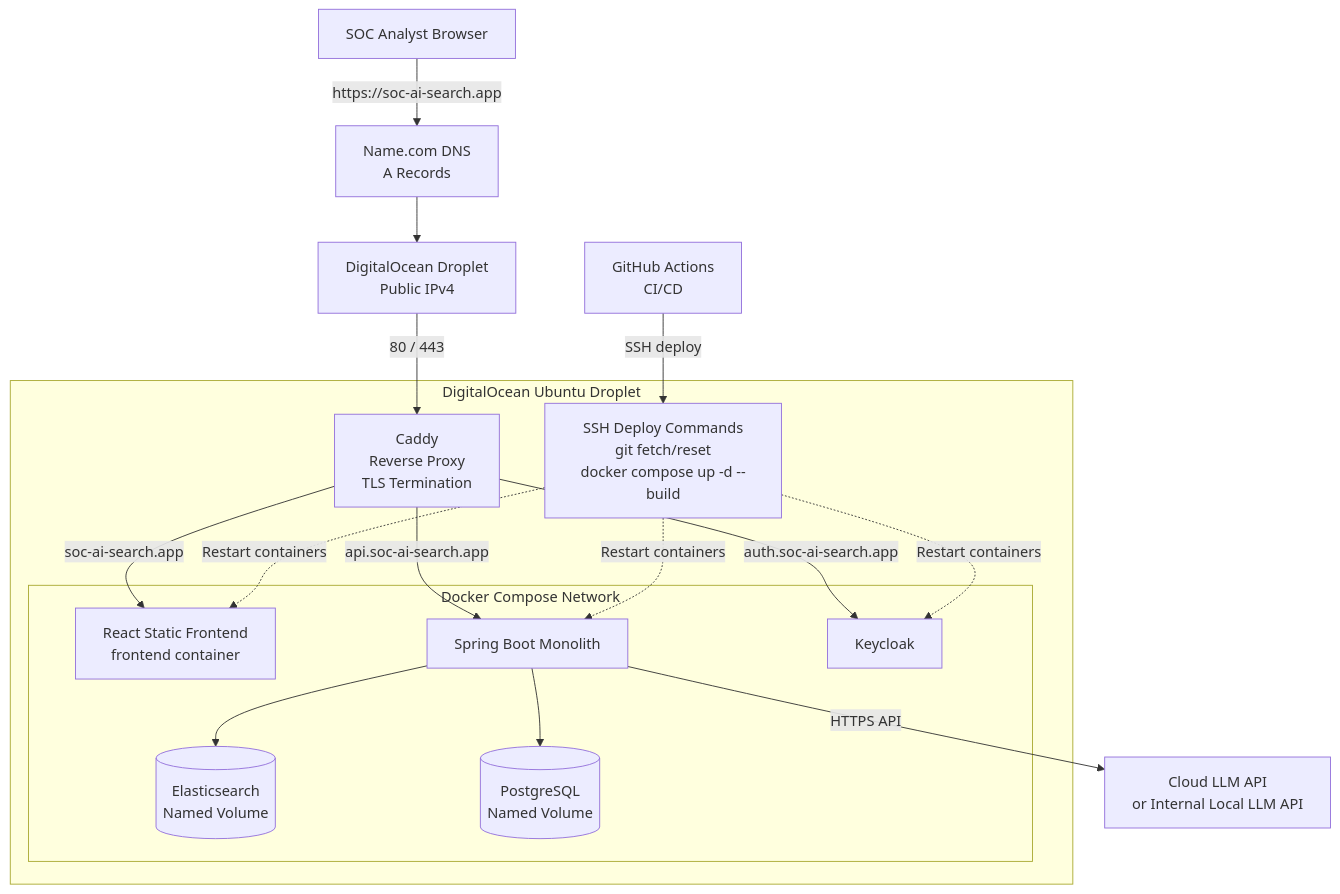
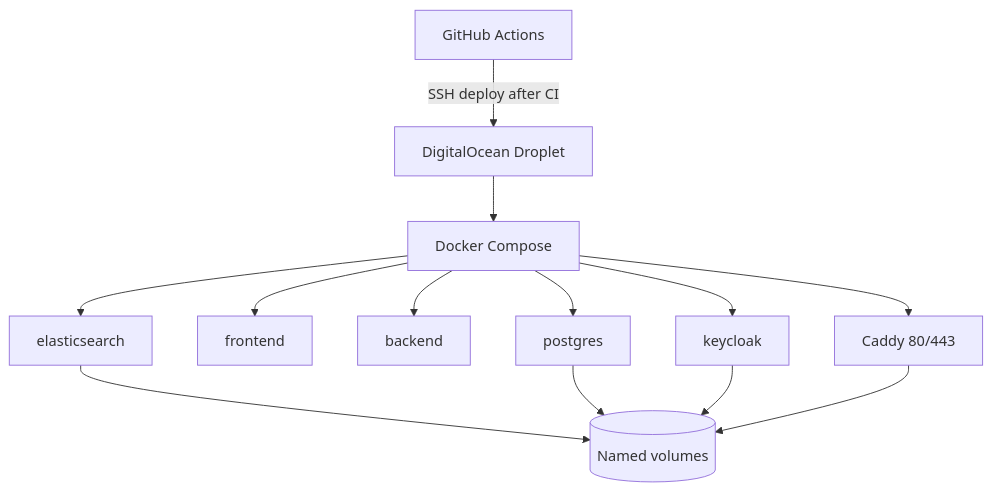
One commit to PhamVanMinhBinhThuan/soc-ai-search changed the fifth of 5 diagrams in docs/architecture.md. Above: the diagram before and after it, drawn with Mermaid. The commit also changed other lines of this file and 5 other files, not shown here.

````diff
--- a/docs/architecture.md
+++ b/docs/architecture.md
@@ -350,36 +203,26 @@
 ```mermaid
 flowchart TB
-    User["SOC Analyst Browser"]
-    DNS["Name.com DNS<br/>A Records"]
-    IP["DigitalOcean Droplet<br/>Public IPv4"]
+    GitHub["GitHub Actions"]
+    VPS["DigitalOcean Droplet"]
+    Compose["Docker Compose"]
+    Caddy["Caddy 80/443"]
+    FE["frontend"]
+    BE["backend"]
+    ES["elasticsearch"]
+    PG["postgres"]
+    KC["keycloak"]
+    Volumes[("Named volumes")]
 
-    subgraph VPS["DigitalOcean Ubuntu Droplet"]
-        CADDY["Caddy<br/>Reverse Proxy<br/>TLS Termination"]
-        DEPLOY["SSH Deploy Commands<br/>git fetch/reset<br/>docker compose up -d --build"]
-
-        subgraph Compose["Docker Compose Network"]
-            FE["React Static Frontend<br/>frontend container"]
-            BE["Spring Boot Monolith"]
-            KC["Keycloak"]
-            ES[("Elasticsearch<br/>Named Volume")]
-            PG[("PostgreSQL<br/>Named Volume")]
-        end
-    end
-
-    LLM["Cloud LLM API<br/>or Internal Local LLM API"]
-    GH["GitHub Actions<br/>CI/CD"]
-
-    User -->|"https://soc-ai-search.app"| DNS
-    DNS --> IP
-    IP -->|"80 / 443"| CADDY
-    CADDY -->|"soc-ai-search.app"| FE
-    CADDY -->|"api.soc-ai-search.app"| BE
-    CADDY -->|"auth.soc-ai-search.app"| KC
-    BE --> ES
-    BE --> PG
-    BE -->|"HTTPS API"| LLM
-    GH -->|"SSH deploy"| DEPLOY
-    DEPLOY -.->|"Restart containers"| FE
-    DEPLOY -.->|"Restart containers"| BE
-    DEPLOY -.->|"Restart containers"| KC
+    GitHub -->|SSH deploy after CI| VPS
+    VPS --> Compose
+    Compose --> Caddy
+    Compose --> FE
+    Compose --> BE
+    Compose --> ES
+    Compose --> PG
+    Compose --> KC
+    ES --> Volumes
+    PG --> Volumes
+    KC --> Volumes
+    Caddy --> Volumes
 ```
````
